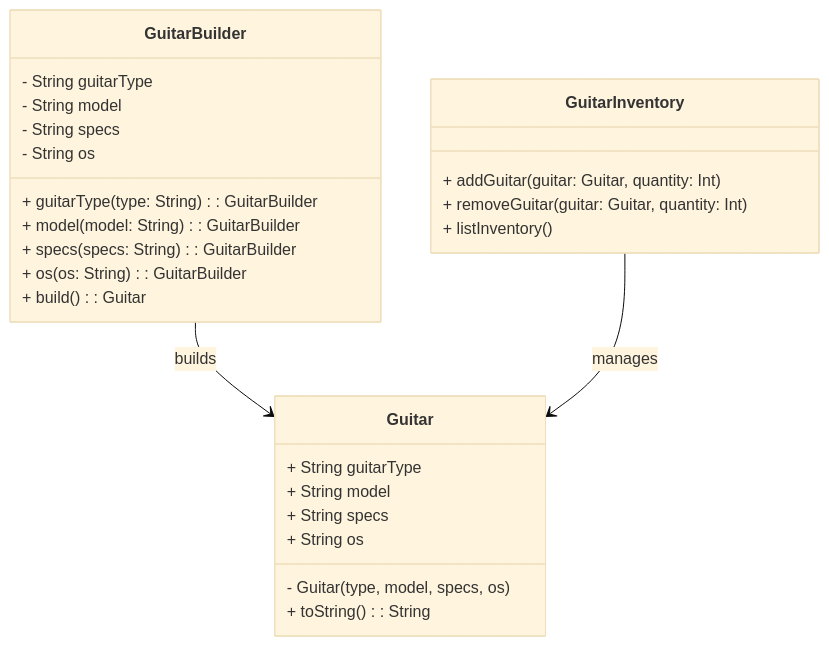
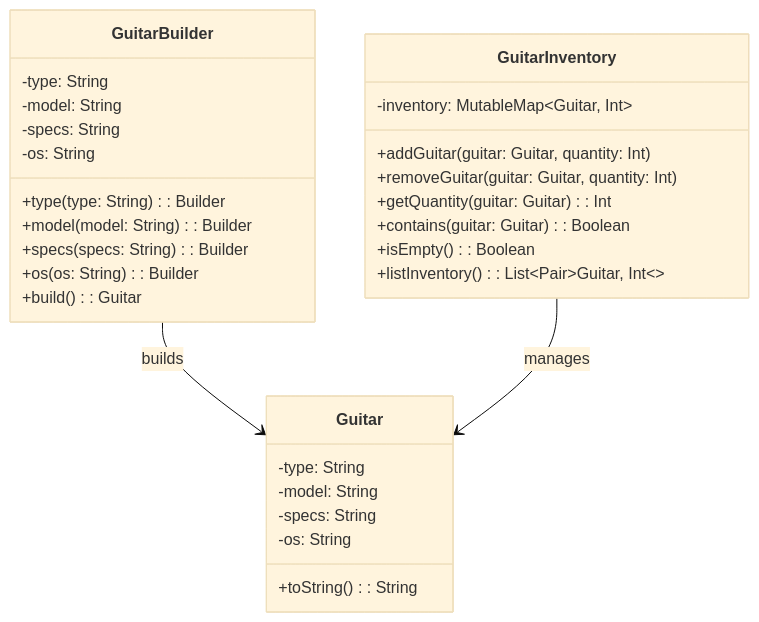
The diagram in kotlin/guitar-factory/README.md (rbleggi/tech-pocs), drawn with Mermaid (base theme) before and after one commit. The commit also changed other lines of this file and 2 other files, not shown here.

Commit message:
update kotlin guitar-factory calendar and validation-framework readmes

````diff
--- a/kotlin/guitar-factory/README.md
+++ b/kotlin/guitar-factory/README.md
@@ -19,34 +20,37 @@
 ```mermaid
 classDiagram
     direction TB
 
     class Guitar {
-        - Guitar(type, model, specs, os)
-        + String guitarType
-        + String model
-        + String specs
-        + String os
-        + toString(): String
+        -type: String
+        -model: String
+        -specs: String
+        -os: String
+        +toString(): String
     }
 
     class GuitarBuilder {
-        - String guitarType
-        - String model
-        - String specs
-        - String os
-        + guitarType(type: String): GuitarBuilder
-        + model(model: String): GuitarBuilder
-        + specs(specs: String): GuitarBuilder
-        + os(os: String): GuitarBuilder
-        + build(): Guitar
+        -type: String
+        -model: String
+        -specs: String
+        -os: String
+        +type(type: String): Builder
+        +model(model: String): Builder
+        +specs(specs: String): Builder
+        +os(os: String): Builder
+        +build(): Guitar
     }
 
     class GuitarInventory {
-        + addGuitar(guitar: Guitar, quantity: Int)
-        + removeGuitar(guitar: Guitar, quantity: Int)
-        + listInventory()
+        -inventory: MutableMap~Guitar, Int~
+        +addGuitar(guitar: Guitar, quantity: Int)
+        +removeGuitar(guitar: Guitar, quantity: Int)
+        +getQuantity(guitar: Guitar): Int
+        +contains(guitar: Guitar): Boolean
+        +isEmpty(): Boolean
+        +listInventory(): List~Pair~Guitar, Int~~
     }
 
     GuitarBuilder --> Guitar: builds
     GuitarInventory --> Guitar: manages
 ```
````
